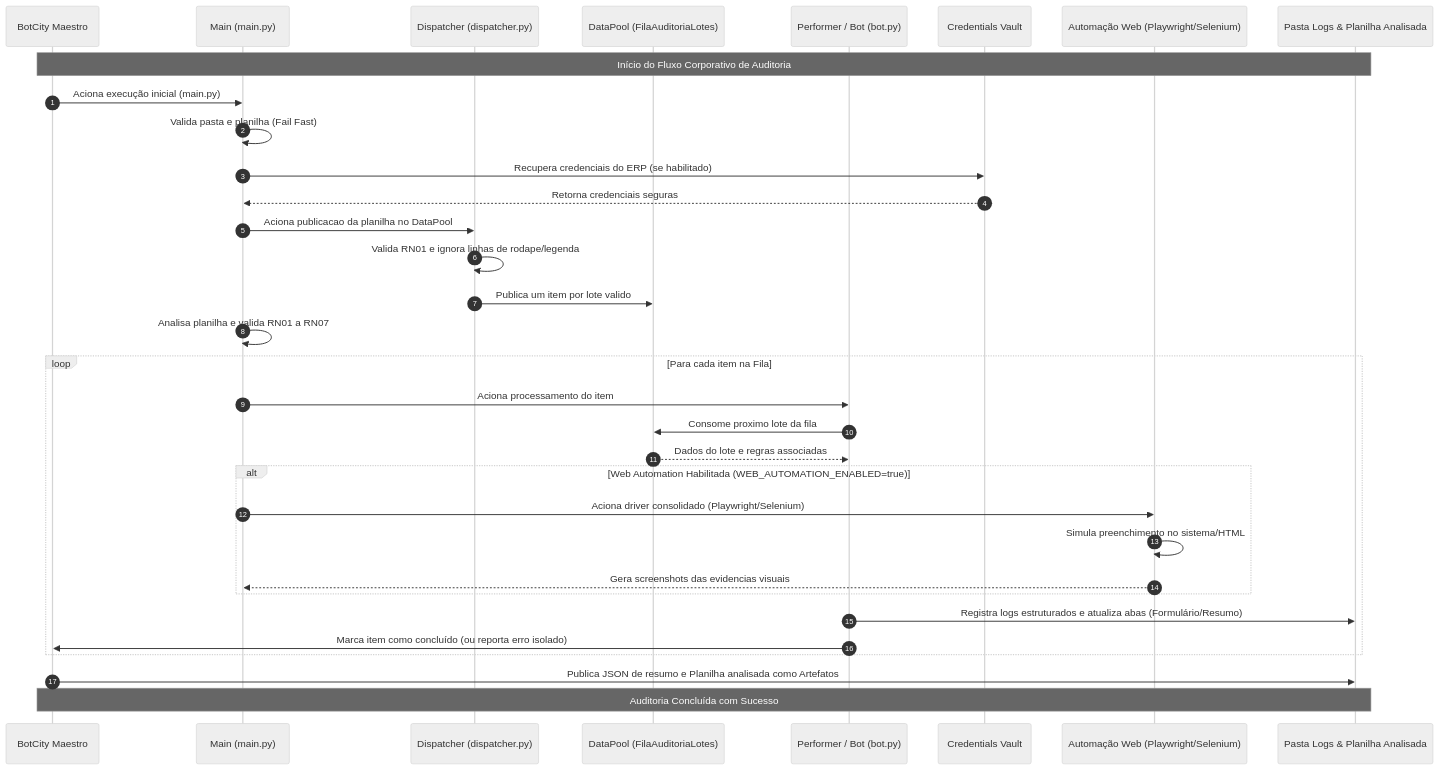
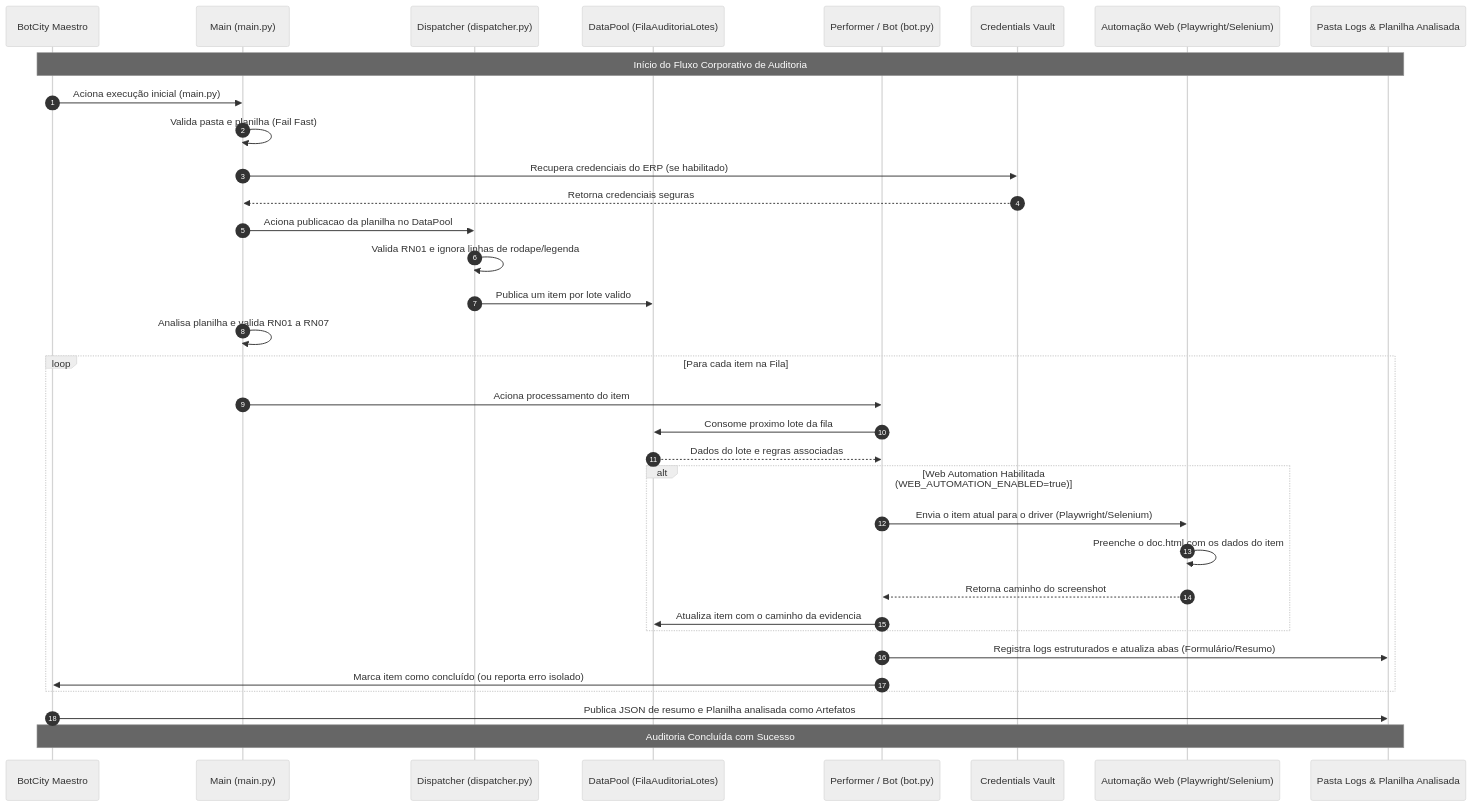
Before and after one commit to TeodorioNeto/Bot-Confer-ncia-de-Lotes: the diagram in README.md, drawn with Mermaid (neutral theme). The commit also changed other lines of this file and 12 other files, not shown here.

Commit message:
feat: conecta automacao web ao item do datapool

````diff
--- a/README.md
+++ b/README.md
@@ -172,42 +172,43 @@
 ```mermaid
 sequenceDiagram
     autonumber
     participant Maestro as BotCity Maestro
     participant Main as Main (main.py)
     participant Dispatcher as Dispatcher (dispatcher.py)
     participant DataPool as DataPool (FilaAuditoriaLotes)
     participant Performer as Performer / Bot (bot.py)
     participant Vault as Credentials Vault
     participant Web as Automação Web (Playwright/Selenium)
     participant Logs as Pasta Logs & Planilha Analisada
 
     Note over Maestro, Logs: Início do Fluxo Corporativo de Auditoria
 
     Maestro->>Main: Aciona execução inicial (main.py)
     Main->>Main: Valida pasta e planilha (Fail Fast)
     Main->>Vault: Recupera credenciais do ERP (se habilitado)
     Vault-->>Main: Retorna credenciais seguras
 
     Main->>Dispatcher: Aciona publicacao da planilha no DataPool
     Dispatcher->>Dispatcher: Valida RN01 e ignora linhas de rodape/legenda
     Dispatcher->>DataPool: Publica um item por lote valido
     Main->>Main: Analisa planilha e valida RN01 a RN07
 
     loop Para cada item na Fila
         Main->>Performer: Aciona processamento do item
         Performer->>DataPool: Consome proximo lote da fila
         DataPool-->>Performer: Dados do lote e regras associadas
 
         alt Web Automation Habilitada (WEB_AUTOMATION_ENABLED=true)
-            Main->>Web: Aciona driver consolidado (Playwright/Selenium)
-            Web->>Web: Simula preenchimento no sistema/HTML
-            Web-->>Main: Gera screenshots das evidencias visuais
+            Performer->>Web: Envia o item atual para o driver (Playwright/Selenium)
+            Web->>Web: Preenche o doc.html com os dados do item
+            Web-->>Performer: Retorna caminho do screenshot
+            Performer->>DataPool: Atualiza item com o caminho da evidencia
         end
 
         Performer->>Logs: Registra logs estruturados e atualiza abas (Formulário/Resumo)
         Performer->>Maestro: Marca item como concluído (ou reporta erro isolado)
     end
 
     Maestro->>Logs: Publica JSON de resumo e Planilha analisada como Artefatos
     Note over Maestro, Logs: Auditoria Concluída com Sucesso
 ```
````
